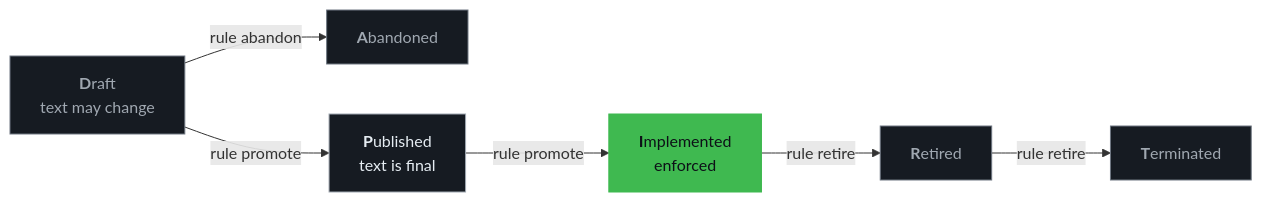
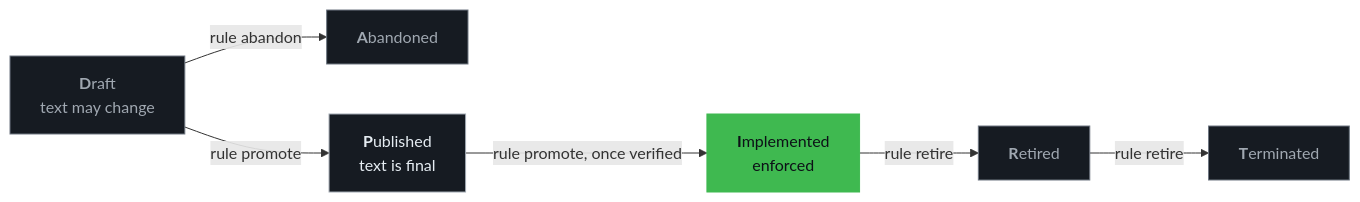
The diagram in docs/author-rules.md (SteerSpec/strspc-CLI), drawn with Mermaid before and after one commit. The commit also changed other lines of this file and 5 other files, not shown here.

First line of the commit message:
feat(rule): rule promote verifies the code before Published → Implemented

````diff
--- a/docs/author-rules.md
+++ b/docs/author-rules.md
@@ -7,22 +7,22 @@
 ```mermaid
 flowchart LR
     D["<b>D</b>raft<br/>text may change"]
     A["<b>A</b>bandoned"]
     P["<b>P</b>ublished<br/>text is final"]
     I["<b>I</b>mplemented<br/>enforced"]
     R["<b>R</b>etired"]
     T["<b>T</b>erminated"]
 
     D -->|rule promote| P
-    P -->|rule promote| I
+    P -->|rule promote, once verified| I
     I -->|rule retire| R
     R -->|rule retire| T
     D -->|rule abandon| A
 
     classDef draft fill:#161B22,stroke:#6E7681,color:#A0A8B1
     classDef published fill:#161B22,stroke:#A0A8B1,color:#E6EDF3
     classDef implemented fill:#3FB950,stroke:#3FB950,color:#0D1117
     class D,A,R,T draft
     class P published
     class I implemented
 ```
````
